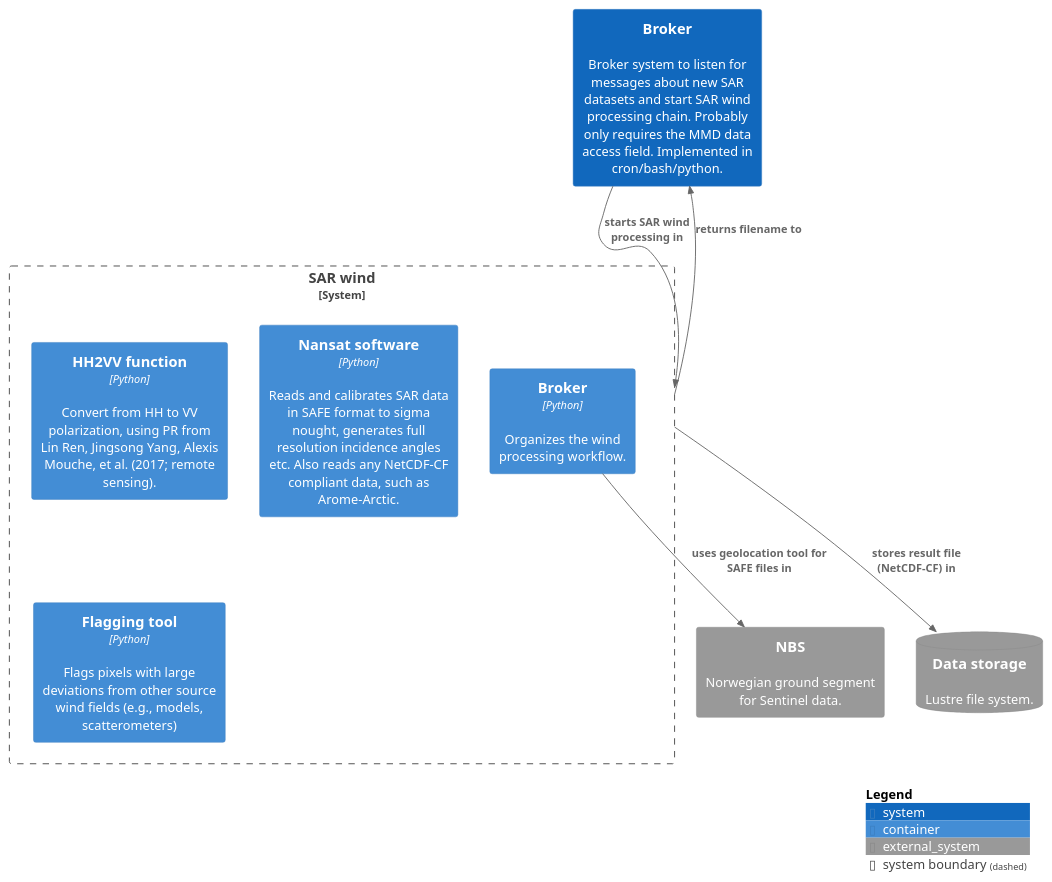
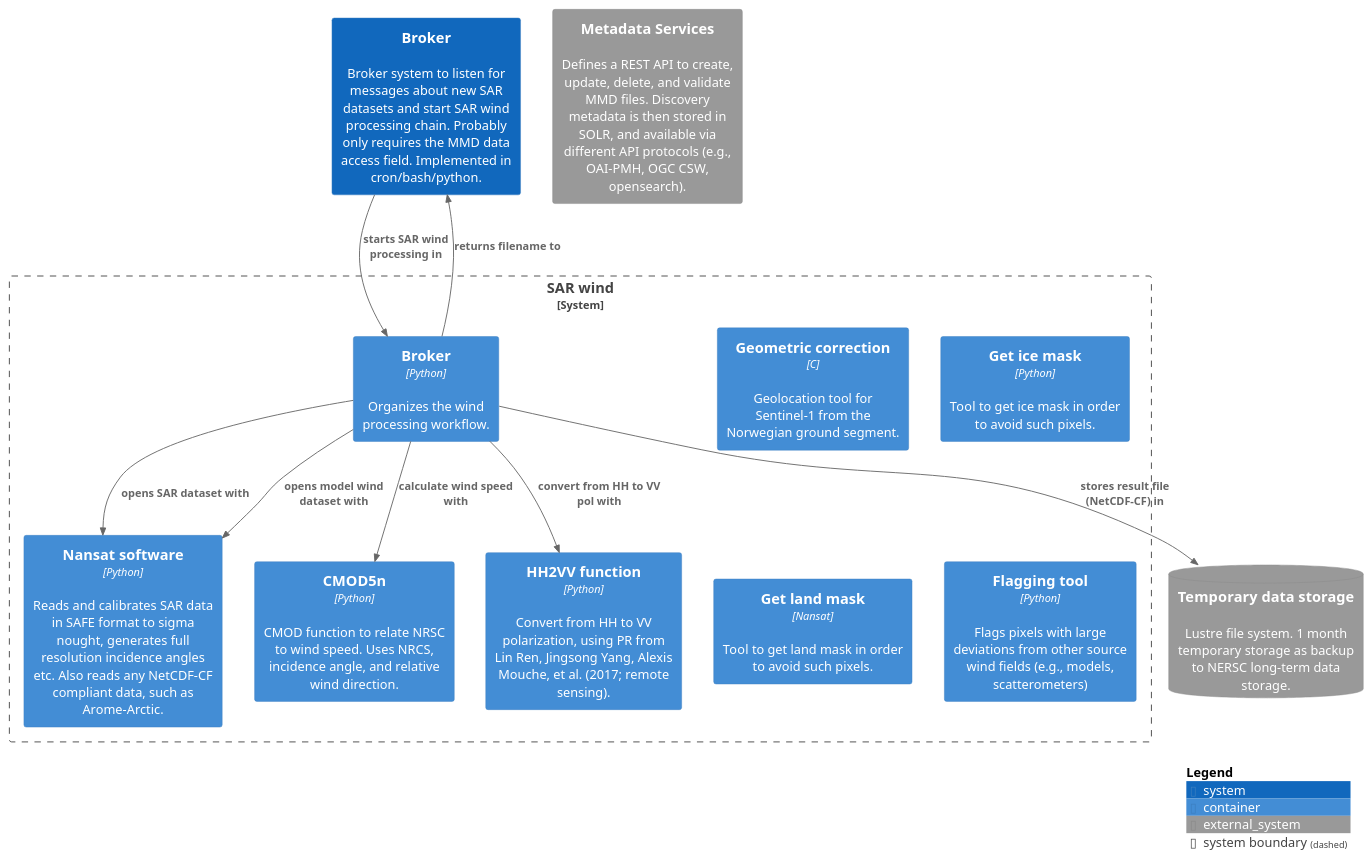
Before and after one commit to metno/py-sar-wind: the diagram in puml/sarwind-container-diagram.puml, drawn with PlantUML. The commit also changed 7 other files, not shown here.

Commit message:
updated diagrams

```diff
--- a/puml/sarwind-container-diagram.puml
+++ b/puml/sarwind-container-diagram.puml
@@ -1,31 +1,41 @@
 @startuml sarwind-container-diagram
 !include https://raw.githubusercontent.com/plantuml-stdlib/C4-PlantUML/master/C4_Container.puml
 
 LAYOUT_TOP_DOWN()
 'LAYOUT_LEFT_RIGHT()
 
-System_Ext(nbs, "NBS", "Norwegian ground segment for Sentinel data.")
-SystemDb_Ext(met_storage, "Data storage", "Lustre file system.")
+SystemDb_Ext(met_storage, "Temporary data storage", "Lustre file system. 1 month temporary storage as backup to NERSC long-term data storage.")
+
+System_Ext(met, "Metadata Services", "Defines a REST API to create, update, delete, and validate MMD files. Discovery metadata is then stored in SOLR, and available via different API protocols (e.g., OAI-PMH, OGC CSW, opensearch).")
 
 System(broker, "Broker", "Broker system to listen for messages about new SAR datasets and start SAR wind processing chain. Probably only requires the MMD data access field. Implemented in cron/bash/python.")
 
 System_Boundary(sarwind, "SAR wind"){
 
+  Container(nbs, "Geometric correction", "C", "Geolocation tool for Sentinel-1 from the Norwegian ground segment.")
+  Container(ice, "Get ice mask", "Python", "Tool to get ice mask in order to avoid such pixels.")
+  Container(land, "Get land mask", "Nansat", "Tool to get land mask in order to avoid such pixels.")
+  Container(cmod, "CMOD5n", "Python", "CMOD function to relate NRSC to wind speed. Uses NRCS, incidence angle, and relative wind direction.")
   Container(hh2vv, "HH2VV function", "Python", "Convert from HH to VV polarization, using PR from Lin Ren, Jingsong Yang, Alexis Mouche, et al. (2017; remote sensing).")
   Container(nansat, "Nansat software", "Python", "Reads and calibrates SAR data in SAFE format to sigma nought, generates full resolution incidence angles etc. Also reads any NetCDF-CF compliant data, such as Arome-Arctic.")
   Container(swbroker, "Broker", "Python", "Organizes the wind processing workflow.")
 
   Container(flagger, "Flagging tool", "Python", "Flags pixels with large deviations from other source wind fields (e.g., models, scatterometers)")
 
 }
 
-Rel(broker, sarwind, "starts SAR wind processing in")
+Rel(broker, swbroker, "starts SAR wind processing in")
 
-Rel(sarwind, broker, "returns filename to")
-Rel(swbroker, nbs, "uses geolocation tool for SAFE files in")
+Rel(swbroker, broker, "returns filename to")
+Rel(swbroker, nansat, "opens SAR dataset with")
+Rel(swbroker, nansat, "opens model wind dataset with")
+Rel(swbroker, hh2vv, "convert from HH to VV pol with")
+Rel(swbroker, cmod, "calculate wind speed with")
 
-Rel(sarwind, met_storage, "stores result file (NetCDF-CF) in")
+'Rel(swbroker, nbs, "gets geo-corrected data from (future dev)")
+
+Rel(swbroker, met_storage, "stores result file (NetCDF-CF) in")
 
 SHOW_LEGEND()
 
 @enduml
```
